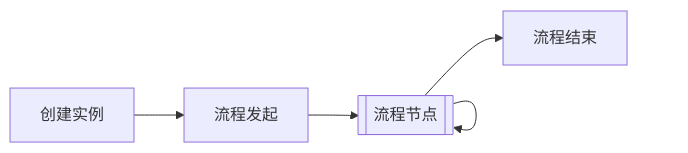
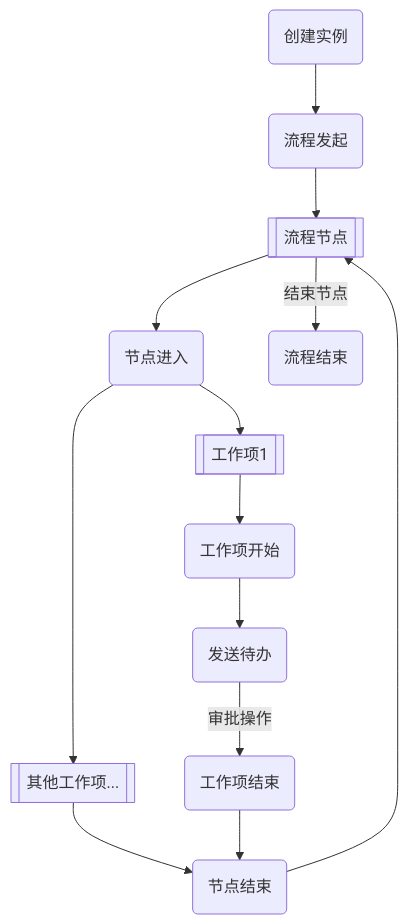
The first of 3 diagrams in docs/v1_7-流程管理/功能实现方案-方案初稿.md (EricChoiXC/CommonSystem), drawn with Mermaid before and after one commit. The commit also changed other lines of this file and 2 other files, not shown here.

````diff
--- a/docs/v1_7-流程管理/功能实现方案-方案初稿.md
+++ b/docs/v1_7-流程管理/功能实现方案-方案初稿.md
@@ -152,6 +162,9 @@
 ```mermaid
-flowchart LR
-    createProcess[创建实例] --> startProcess[流程发起] --> nodes[[流程节点]]
-    nodes --> nodes
-    nodes --> endProcess[流程结束]
+flowchart TD
+    createProcess(创建实例) --> startProcess(流程发起) --> nodes[[流程节点]]
+    nodes --> startNode(节点进入)
+    startNode --> workItem1[[工作项1]] & workItem[[其他工作项...]]
+    workItem --> endNode(节点结束)
+    workItem1 --> startWorkItem(工作项开始) --> sendWorkItem(发送待办) --审批操作--> endWorkItem(工作项结束) --> endNode --> nodes
+    nodes --结束节点--> endProcess(流程结束)
 ```
````
